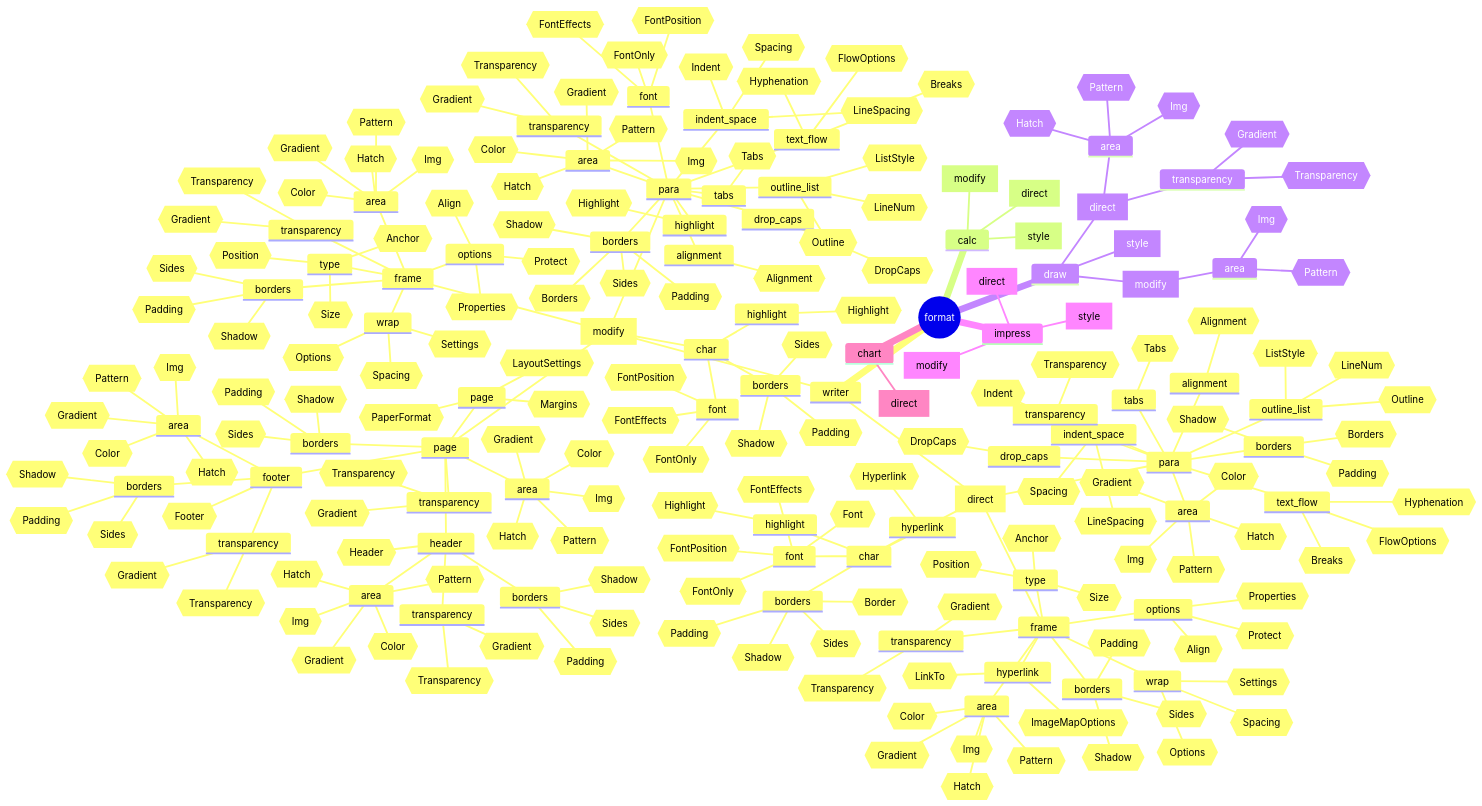
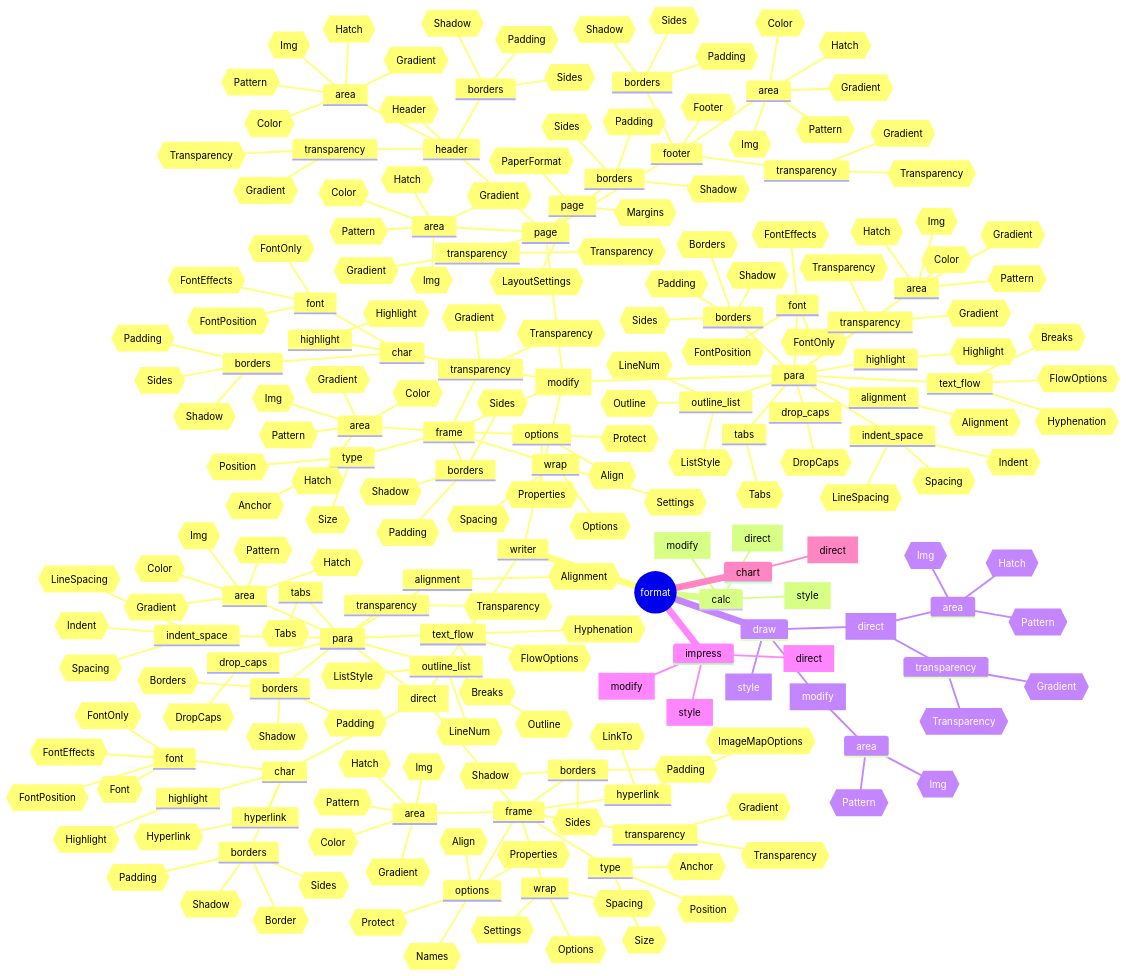
Before and after one commit to Amourspirit/python_ooo_dev_tools: the diagram in ooodev/format/readme.md, drawn with Mermaid. The commit also changed 6 other files, not shown here.

```diff
--- a/ooodev/format/readme.md
+++ b/ooodev/format/readme.md
@@ -60,6 +60,7 @@
                         id{{Size}}
                     options
                         id{{Align}}
+                        id{{Names}}
                         id{{Properties}}
                         id{{Protect}}
                     wrap
```
